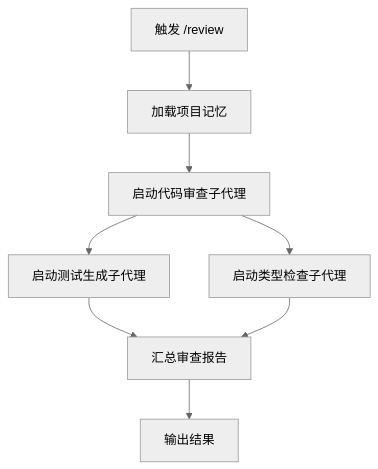
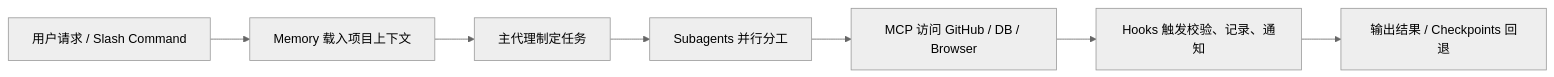
The diagram in content/posts/tech/claude-howto-master-claude-code-guide.md (A1pha3/text-matrix), drawn with Mermaid (neutral theme) before and after one commit. The commit also changed other lines of this file, not shown here.

````diff
--- a/content/posts/tech/claude-howto-master-claude-code-guide.md
+++ b/content/posts/tech/claude-howto-master-claude-code-guide.md
@@ -465,10 +217,9 @@
 ```mermaid
-graph TB
-    A["触发 /review"] --> B["加载项目记忆"]
-    B --> C["启动代码审查子代理"]
-    C --> D["启动测试生成子代理"]
-    C --> E["启动类型检查子代理"]
-    D --> F["汇总审查报告"]
-    E --> F
-    F --> G["输出结果"]
+graph LR
+    A["用户请求 / Slash Command"] --> B["Memory 载入项目上下文"]
+    B --> C["主代理制定任务"]
+    C --> D["Subagents 并行分工"]
+    D --> E["MCP 访问 GitHub / DB / Browser"]
+    E --> F["Hooks 触发校验、记录、通知"]
+    F --> G["输出结果 / Checkpoints 回退"]
 ```
````
